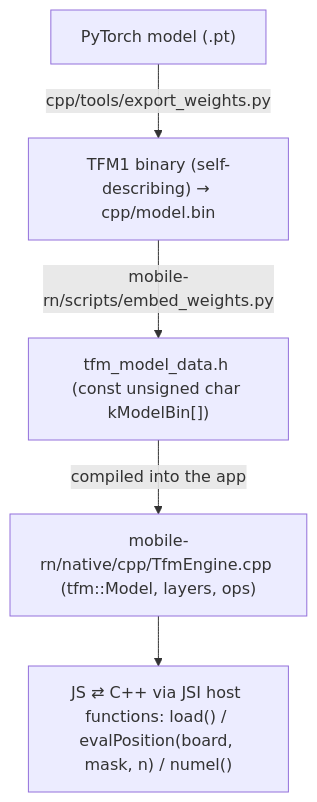
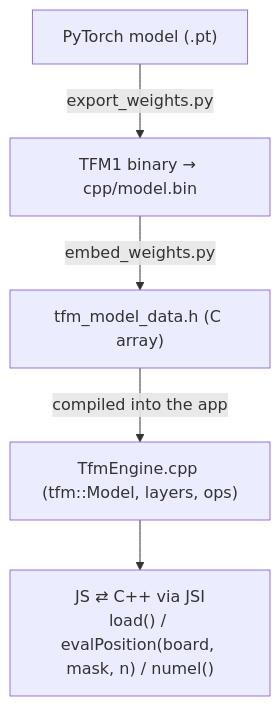
The ninth of 12 diagrams in README.md (darkslayer-ns/3d-tiktactoe), drawn with Mermaid before and after one commit. The commit also changed other lines of this file, not shown here.

First line of the commit message:
docs: compact mermaid labels + Go-solver dataset generation

````diff
--- a/README.md
+++ b/README.md
@@ -348,7 +376,7 @@
 ```mermaid
 flowchart TD
-    PT["PyTorch model (.pt)"] -->|"cpp/tools/export_weights.py"| TFM["TFM1 binary (self-describing) → cpp/model.bin"]
-    TFM -->|"mobile-rn/scripts/embed_weights.py"| H["tfm_model_data.h (const unsigned char kModelBin[])"]
-    H -->|"compiled into the app"| CPP["mobile-rn/native/cpp/TfmEngine.cpp (tfm::Model, layers, ops)"]
-    CPP --> JSI["JS ⇄ C++ via JSI host functions: load() / evalPosition(board, mask, n) / numel()"]
+    PT["PyTorch model (.pt)"] -->|"export_weights.py"| TFM["TFM1 binary → cpp/model.bin"]
+    TFM -->|"embed_weights.py"| H["tfm_model_data.h (C array)"]
+    H -->|"compiled into the app"| CPP["TfmEngine.cpp (tfm::Model, layers, ops)"]
+    CPP --> JSI["JS ⇄ C++ via JSI<br/>load() / evalPosition(board, mask, n) / numel()"]
 ```
````
